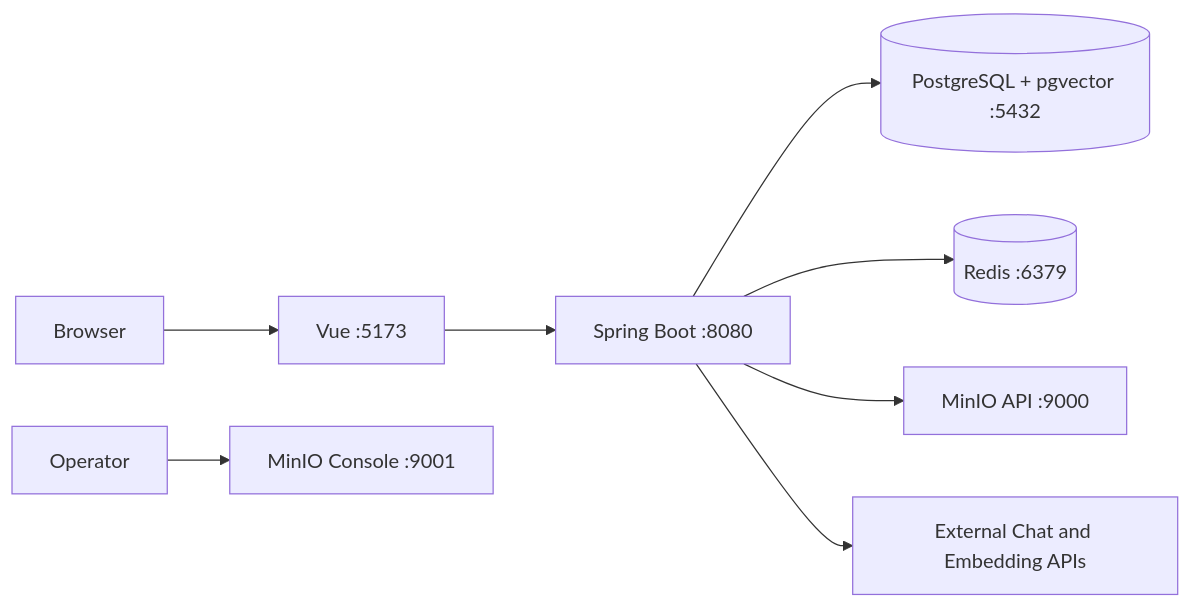
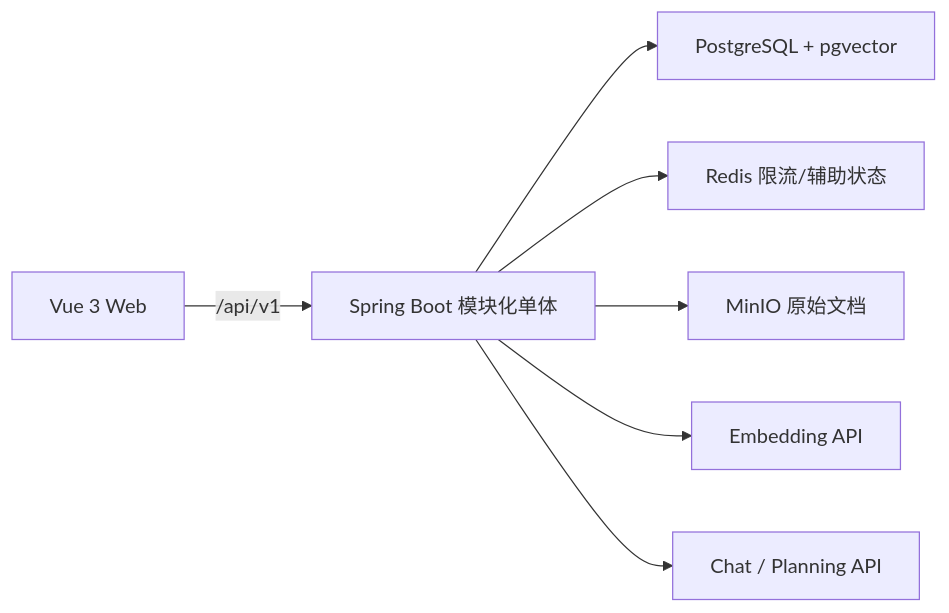
One commit to BangShou1st/ai-collab changed the first of 4 diagrams in docs/architecture.md. Above: the diagram before and after it, drawn with Mermaid. The commit also changed other lines of this file and 18 other files, not shown here.

````diff
--- a/docs/architecture.md
+++ b/docs/architecture.md
@@ -600,10 +17,9 @@
 ```mermaid
 flowchart LR
-    Browser --> VUE[Vue :5173]
-    VUE --> BOOT[Spring Boot :8080]
-    BOOT --> PG[(PostgreSQL + pgvector :5432)]
-    BOOT --> REDIS[(Redis :6379)]
-    BOOT --> MINIO[MinIO API :9000]
-    Operator --> CONSOLE[MinIO Console :9001]
-    BOOT --> MODEL[External Chat and Embedding APIs]
+    Browser["Vue 3 Web"] -->|"/api/v1"| Backend["Spring Boot 模块化单体"]
+    Backend --> PG["PostgreSQL + pgvector"]
+    Backend --> Redis["Redis 限流/辅助状态"]
+    Backend --> MinIO["MinIO 原始文档"]
+    Backend --> Embed["Embedding API"]
+    Backend --> Chat["Chat / Planning API"]
 ```
````
